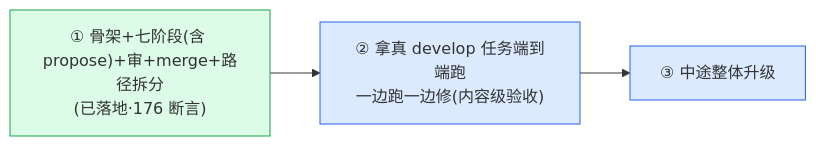
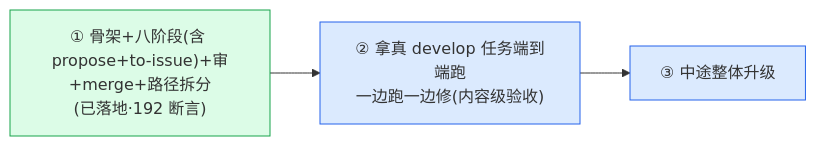
One commit to chancheuklap/multi-model-workflow changed the tenth of 10 diagrams in docs/plugin2/OVERVIEW.md. Above: the diagram before and after it, drawn with Mermaid. The commit also changed other lines of this file and 9 other files, not shown here.

First line of the commit message:
feat(flow): to-issue 独立成阶段,①设计审之后再切片(照 PDF 对齐)

````diff
--- a/docs/plugin2/OVERVIEW.md
+++ b/docs/plugin2/OVERVIEW.md
@@ -451,6 +454,6 @@
 ```mermaid
 flowchart LR
-    N1["① 骨架+七阶段(含 propose)+审+merge+路径拆分<br/>(已落地·176 断言)"]:::done --> N2["② 拿真 develop 任务端到端跑<br/>一边跑一边修(内容级验收)"]:::nx --> N3["③ 中途整体升级"]:::nx
+    N1["① 骨架+八阶段(含 propose+to-issue)+审+merge+路径拆分<br/>(已落地·192 断言)"]:::done --> N2["② 拿真 develop 任务端到端跑<br/>一边跑一边修(内容级验收)"]:::nx --> N3["③ 中途整体升级"]:::nx
     classDef done fill:#dcfce7,stroke:#16a34a
     classDef nx fill:#dbeafe,stroke:#2563eb
 ```
````
